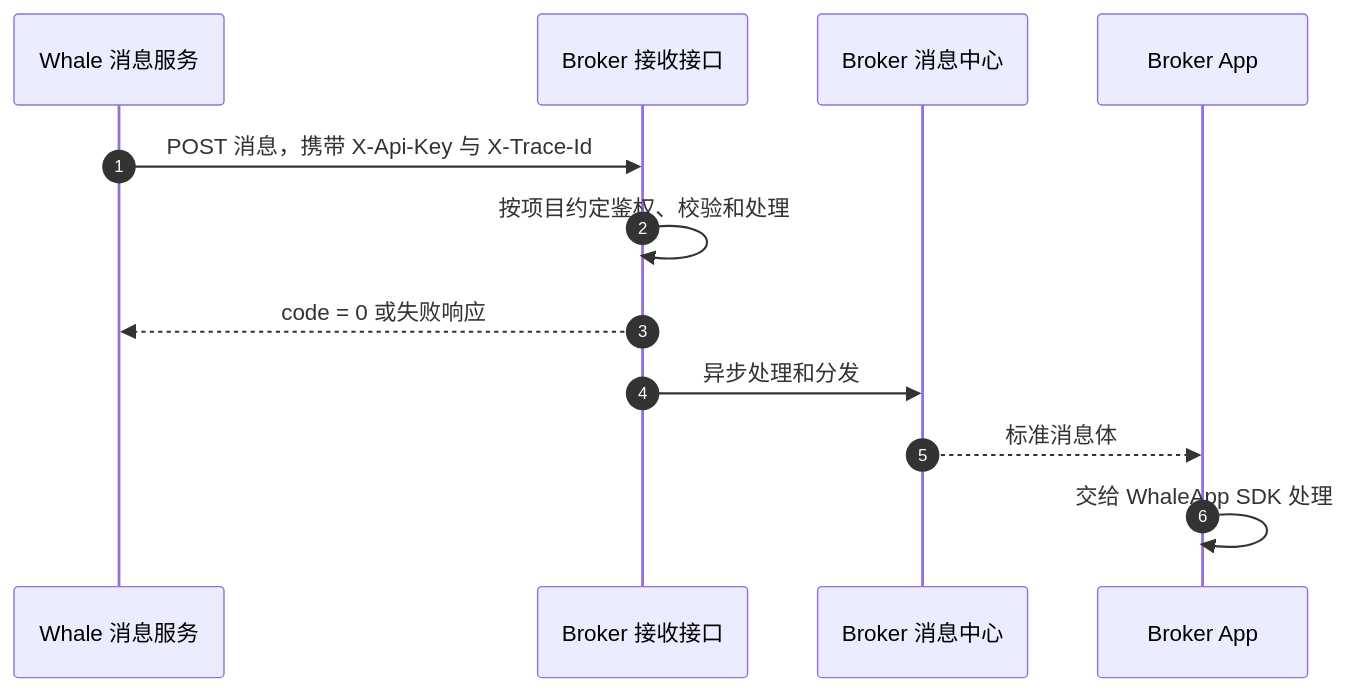
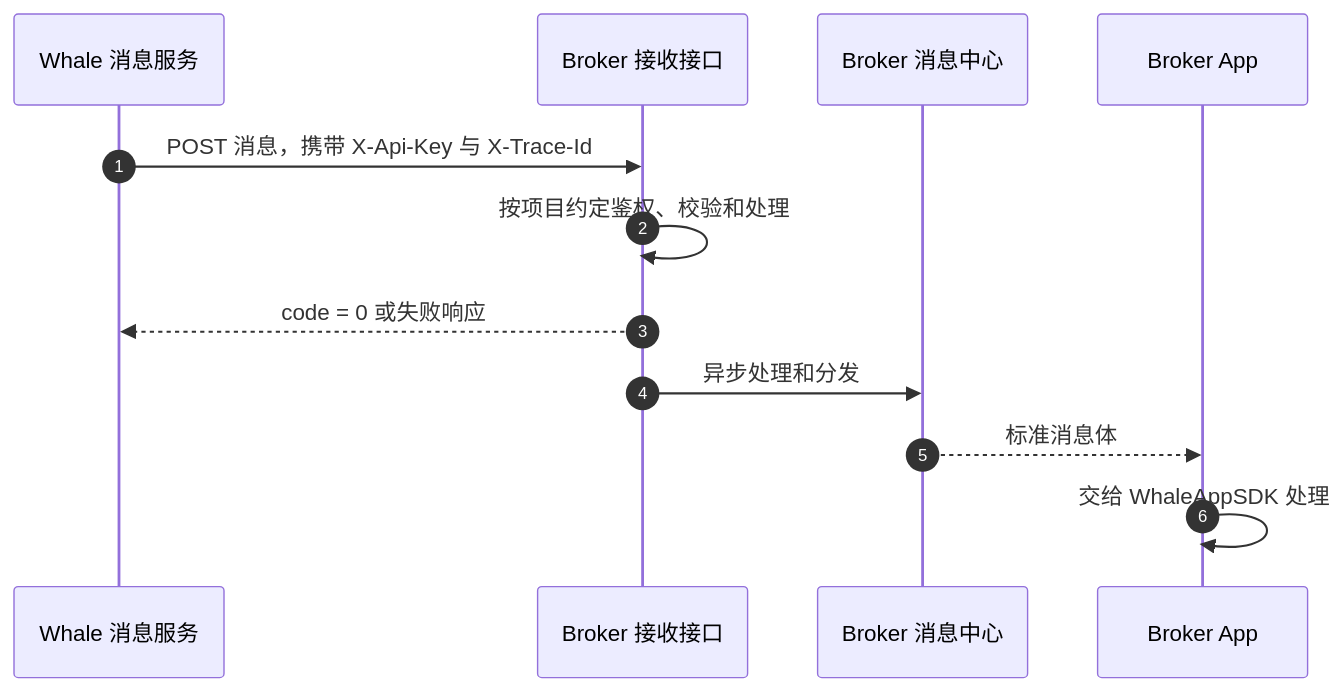
One commit to longbridge/whale-docs changed the diagram in docs/zh-CN/docs/server-message-forwarding.mdx. Above: the diagram before and after it, drawn with Mermaid. The commit also changed other lines of this file and 120 other files, not shown here.

````diff
--- a/docs/zh-CN/docs/server-message-forwarding.mdx
+++ b/docs/zh-CN/docs/server-message-forwarding.mdx
@@ -10,14 +10,14 @@
 ```mermaid
 sequenceDiagram
     autonumber
     participant Whale as Whale 消息服务
     participant API as Broker 接收接口
     participant Center as Broker 消息中心
     participant App as Broker App
     Whale->>API: POST 消息，携带 X-Api-Key 与 X-Trace-Id
     API->>API: 按项目约定鉴权、校验和处理
     API-->>Whale: code = 0 或失败响应
     API->>Center: 异步处理和分发
     Center-->>App: 标准消息体
-    App->>App: 交给 WhaleApp SDK 处理
+    App->>App: 交给 WhaleAppSDK 处理
 ```
````
